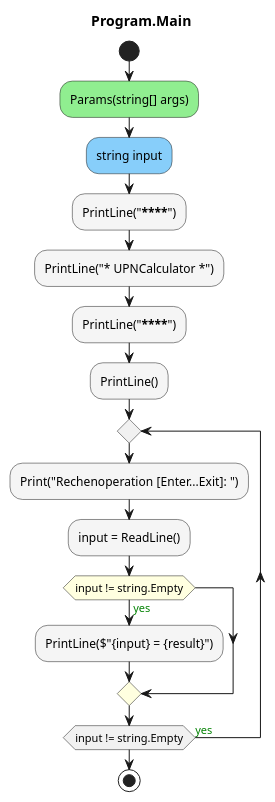
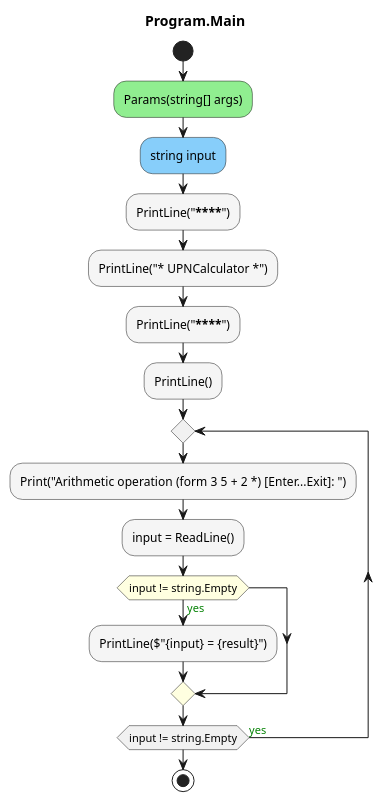
One commit to leoggehrer/2324-34_ABIF_ACIF_POSE changed the diagram in UPNCalculator.ConApp/diagrams/ac_Program_Main.puml. Above: the diagram before and after it, drawn with PlantUML. The commit also changed 14 other files, not shown here.

```diff
--- a/UPNCalculator.ConApp/diagrams/ac_Program_Main.puml
+++ b/UPNCalculator.ConApp/diagrams/ac_Program_Main.puml
@@ -1,18 +1,18 @@
 @startuml Program.Main
 title Program.Main
 start
 #LightGreen:Params(string[] args);
 #LightSkyBlue:string input;
 #WhiteSmoke:PrintLine("********************");
 #WhiteSmoke:PrintLine("* UPNCalculator *");
 #WhiteSmoke:PrintLine("********************");
 #WhiteSmoke:PrintLine();
 repeat
-  #WhiteSmoke:Print("Rechenoperation [Enter...Exit]: ");
+  #WhiteSmoke:Print("Arithmetic operation (form 3 5 + 2 *) [Enter...Exit]: ");
   #WhiteSmoke:input = ReadLine();
   #LightYellow:if (input != string.Empty) then (<color:green>yes)
     #WhiteSmoke:PrintLine($"{input} = {result}");
   endif
 repeat while (input != string.Empty) is (<color:green>yes)
 stop
 @enduml
```
